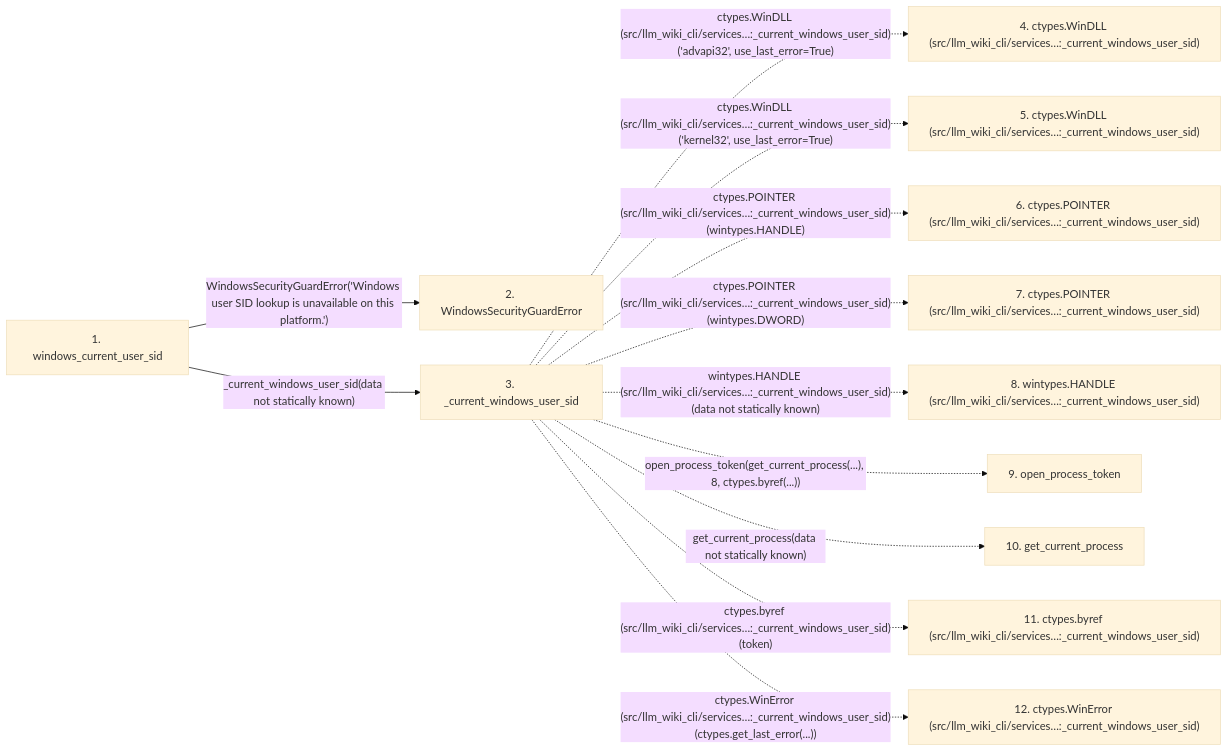
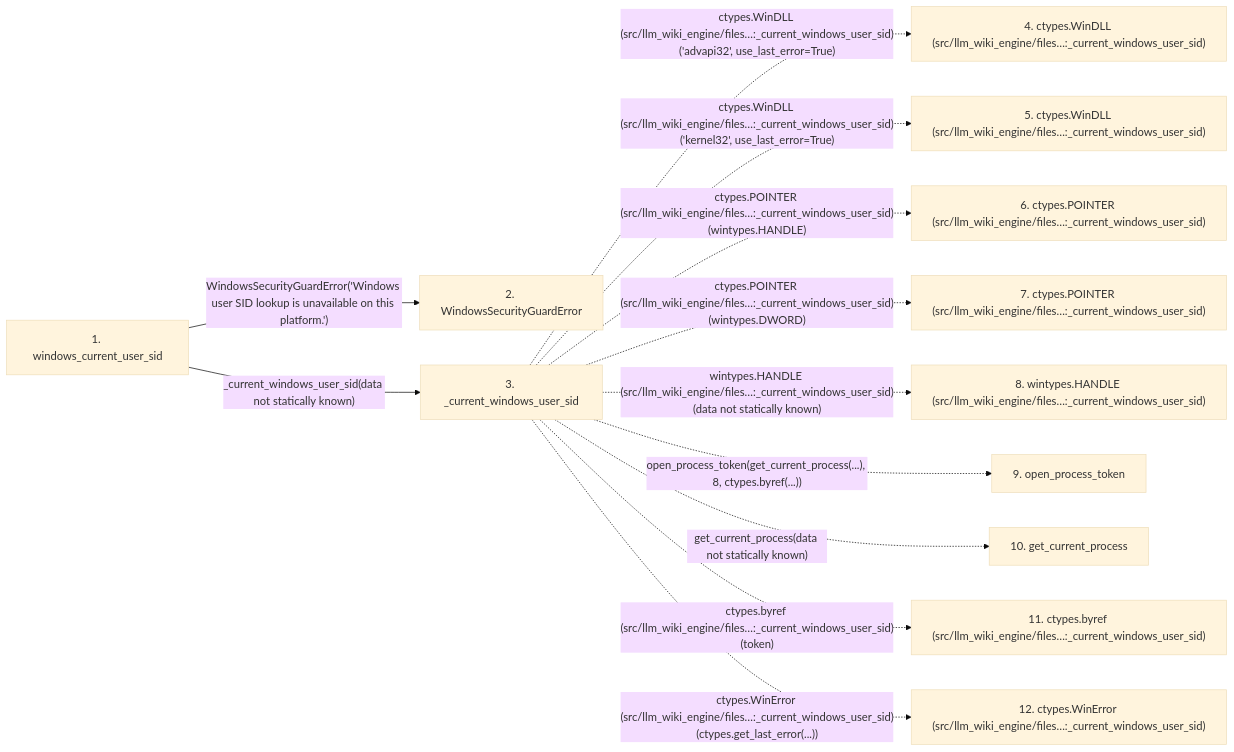
One commit to Denissvgn/python-wiki-llm changed the second of 2 diagrams in docs/llm_wiki/flows/api-windows_current_user_sid.md. Above: the diagram before and after it, drawn with Mermaid (base theme). The commit also changed other lines of this file and 739 other files, not shown here.

First line of the commit message:
docs: refresh the wiki for the second engine batch

````diff
--- a/docs/llm_wiki/flows/api-windows_current_user_sid.md
+++ b/docs/llm_wiki/flows/api-windows_current_user_sid.md
@@ -112,29 +112,29 @@
 ```mermaid
 flowchart LR
     s1["1. windows_current_user_sid"]
     s2["2. WindowsSecurityGuardError"]
     s3["3. _current_windows_user_sid"]
-    s4["4. ctypes.WinDLL (src/llm_wiki_cli/services…:_current_windows_user_sid)"]
-    s5["5. ctypes.WinDLL (src/llm_wiki_cli/services…:_current_windows_user_sid)"]
-    s6["6. ctypes.POINTER (src/llm_wiki_cli/services…:_current_windows_user_sid)"]
-    s7["7. ctypes.POINTER (src/llm_wiki_cli/services…:_current_windows_user_sid)"]
-    s8["8. wintypes.HANDLE (src/llm_wiki_cli/services…:_current_windows_user_sid)"]
+    s4["4. ctypes.WinDLL (src/llm_wiki_engine/files…:_current_windows_user_sid)"]
+    s5["5. ctypes.WinDLL (src/llm_wiki_engine/files…:_current_windows_user_sid)"]
+    s6["6. ctypes.POINTER (src/llm_wiki_engine/files…:_current_windows_user_sid)"]
+    s7["7. ctypes.POINTER (src/llm_wiki_engine/files…:_current_windows_user_sid)"]
+    s8["8. wintypes.HANDLE (src/llm_wiki_engine/files…:_current_windows_user_sid)"]
     s9["9. open_process_token"]
     s10["10. get_current_process"]
-    s11["11. ctypes.byref (src/llm_wiki_cli/services…:_current_windows_user_sid)"]
-    s12["12. ctypes.WinError (src/llm_wiki_cli/services…:_current_windows_user_sid)"]
+    s11["11. ctypes.byref (src/llm_wiki_engine/files…:_current_windows_user_sid)"]
+    s12["12. ctypes.WinError (src/llm_wiki_engine/files…:_current_windows_user_sid)"]
     s1 -->|"WindowsSecurityGuardError('Windows user SID lookup is unavailable on this platform.')"| s2
     s1 -->|"_current_windows_user_sid(data not statically known)"| s3
-    s3 -. "ctypes.WinDLL (src/llm_wiki_cli/services…:_current_windows_user_sid)('advapi32', use_last_error=True)" .-> s4
-    s3 -. "ctypes.WinDLL (src/llm_wiki_cli/services…:_current_windows_user_sid)('kernel32', use_last_error=True)" .-> s5
-    s3 -. "ctypes.POINTER (src/llm_wiki_cli/services…:_current_windows_user_sid)(wintypes.HANDLE)" .-> s6
-    s3 -. "ctypes.POINTER (src/llm_wiki_cli/services…:_current_windows_user_sid)(wintypes.DWORD)" .-> s7
-    s3 -. "wintypes.HANDLE (src/llm_wiki_cli/services…:_current_windows_user_sid)(data not statically known)" .-> s8
+    s3 -. "ctypes.WinDLL (src/llm_wiki_engine/files…:_current_windows_user_sid)('advapi32', use_last_error=True)" .-> s4
+    s3 -. "ctypes.WinDLL (src/llm_wiki_engine/files…:_current_windows_user_sid)('kernel32', use_last_error=True)" .-> s5
+    s3 -. "ctypes.POINTER (src/llm_wiki_engine/files…:_current_windows_user_sid)(wintypes.HANDLE)" .-> s6
+    s3 -. "ctypes.POINTER (src/llm_wiki_engine/files…:_current_windows_user_sid)(wintypes.DWORD)" .-> s7
+    s3 -. "wintypes.HANDLE (src/llm_wiki_engine/files…:_current_windows_user_sid)(data not statically known)" .-> s8
     s3 -. "open_process_token(get_current_process(...), 8, ctypes.byref(...))" .-> s9
     s3 -. "get_current_process(data not statically known)" .-> s10
-    s3 -. "ctypes.byref (src/llm_wiki_cli/services…:_current_windows_user_sid)(token)" .-> s11
-    s3 -. "ctypes.WinError (src/llm_wiki_cli/services…:_current_windows_user_sid)(ctypes.get_last_error(...))" .-> s12
+    s3 -. "ctypes.byref (src/llm_wiki_engine/files…:_current_windows_user_sid)(token)" .-> s11
+    s3 -. "ctypes.WinError (src/llm_wiki_engine/files…:_current_windows_user_sid)(ctypes.get_last_error(...))" .-> s12
     click s1 "../modules/filesystem_guard.md"
     click s2 "../modules/filesystem_guard.md"
     click s3 "../modules/filesystem_guard.md"
 ```
````
